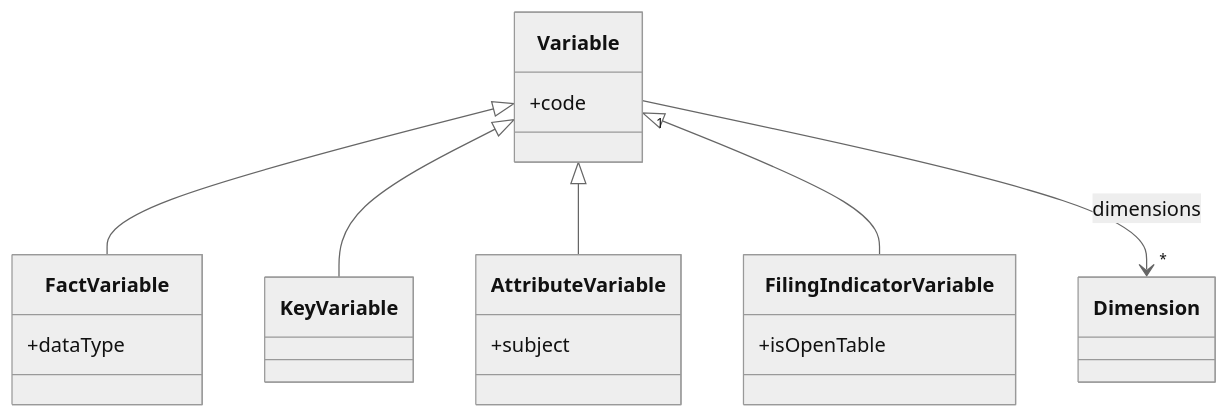
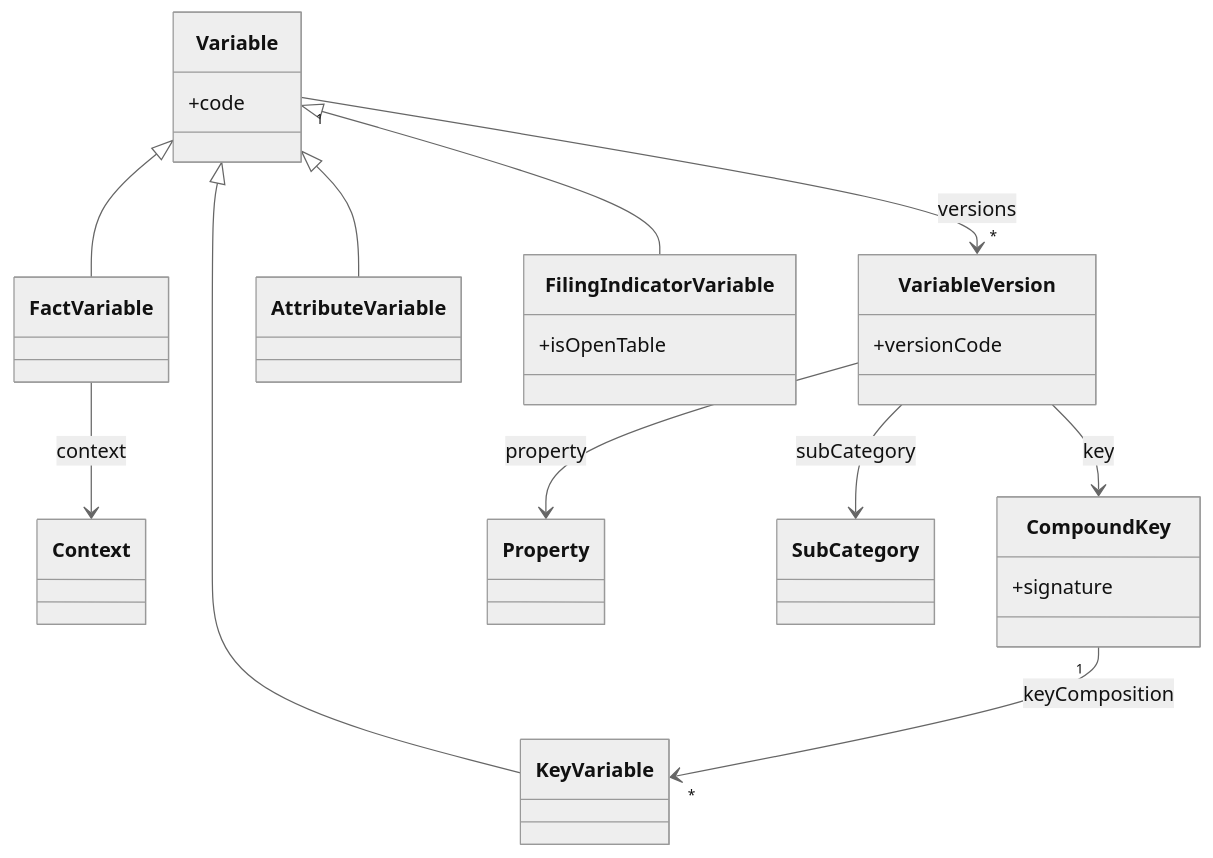
The ninth of 13 diagrams in docs/models-relationships/02_data_definition/01_data_definition_overview.md (sdmx-twg/wp-sdmx-dpm), drawn with Mermaid (neutral theme) before and after one commit. The commit also changed other lines of this file, not shown here.

````diff
--- a/docs/models-relationships/02_data_definition/01_data_definition_overview.md
+++ b/docs/models-relationships/02_data_definition/01_data_definition_overview.md
@@ -273,21 +276,28 @@
 ```mermaid
 classDiagram
     class Variable {
       +code
     }
-    class FactVariable {
-      +dataType
+    class VariableVersion {
+      +versionCode
     }
+    class FactVariable
     class KeyVariable
-    class AttributeVariable {
-      +subject
-    }
+    class AttributeVariable
     class FilingIndicatorVariable {
       +isOpenTable
+    }
+    class CompoundKey {
+      +signature
     }
     Variable <|-- FactVariable
     Variable <|-- KeyVariable
     Variable <|-- AttributeVariable
     Variable <|-- FilingIndicatorVariable
-    Variable "1" --> "*" Dimension : dimensions
+    Variable "1" --> "*" VariableVersion : versions
+    VariableVersion --> Property : property
+    VariableVersion --> SubCategory : subCategory
+    FactVariable --> Context : context
+    CompoundKey "1" --> "*" KeyVariable : keyComposition
+    VariableVersion --> CompoundKey : key
 ```
````
